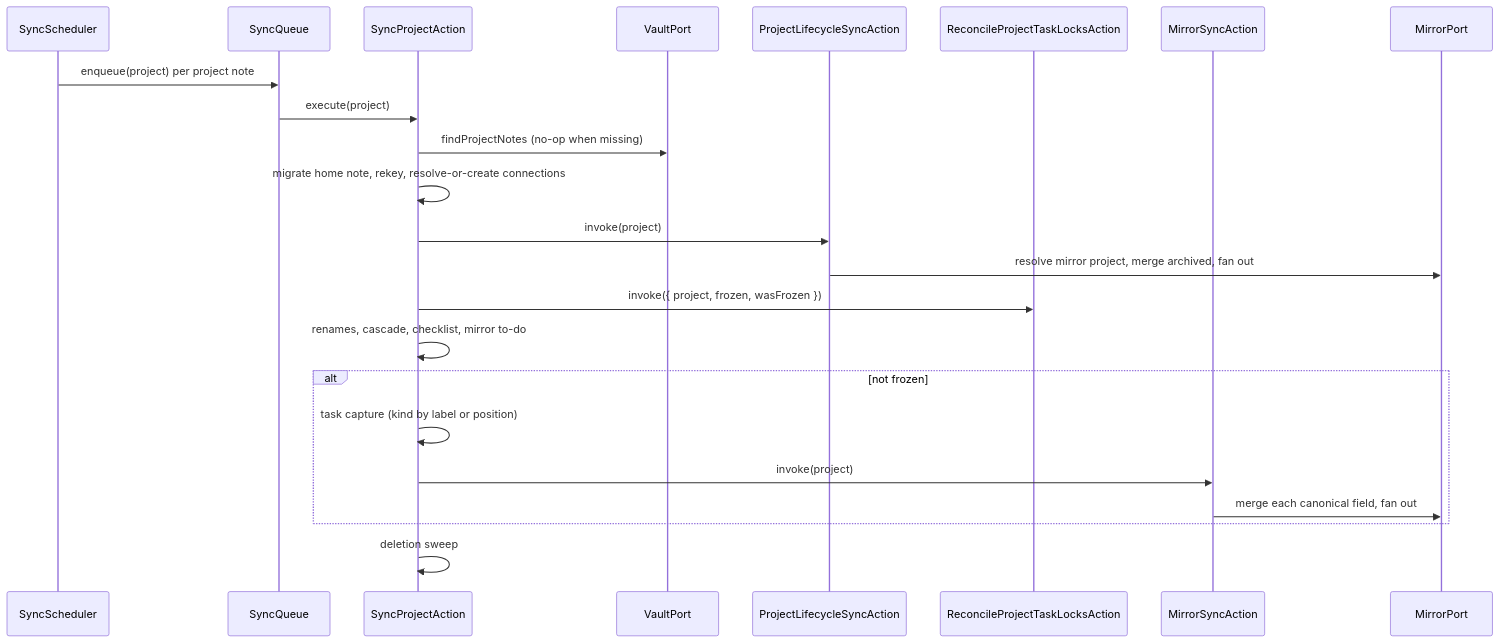
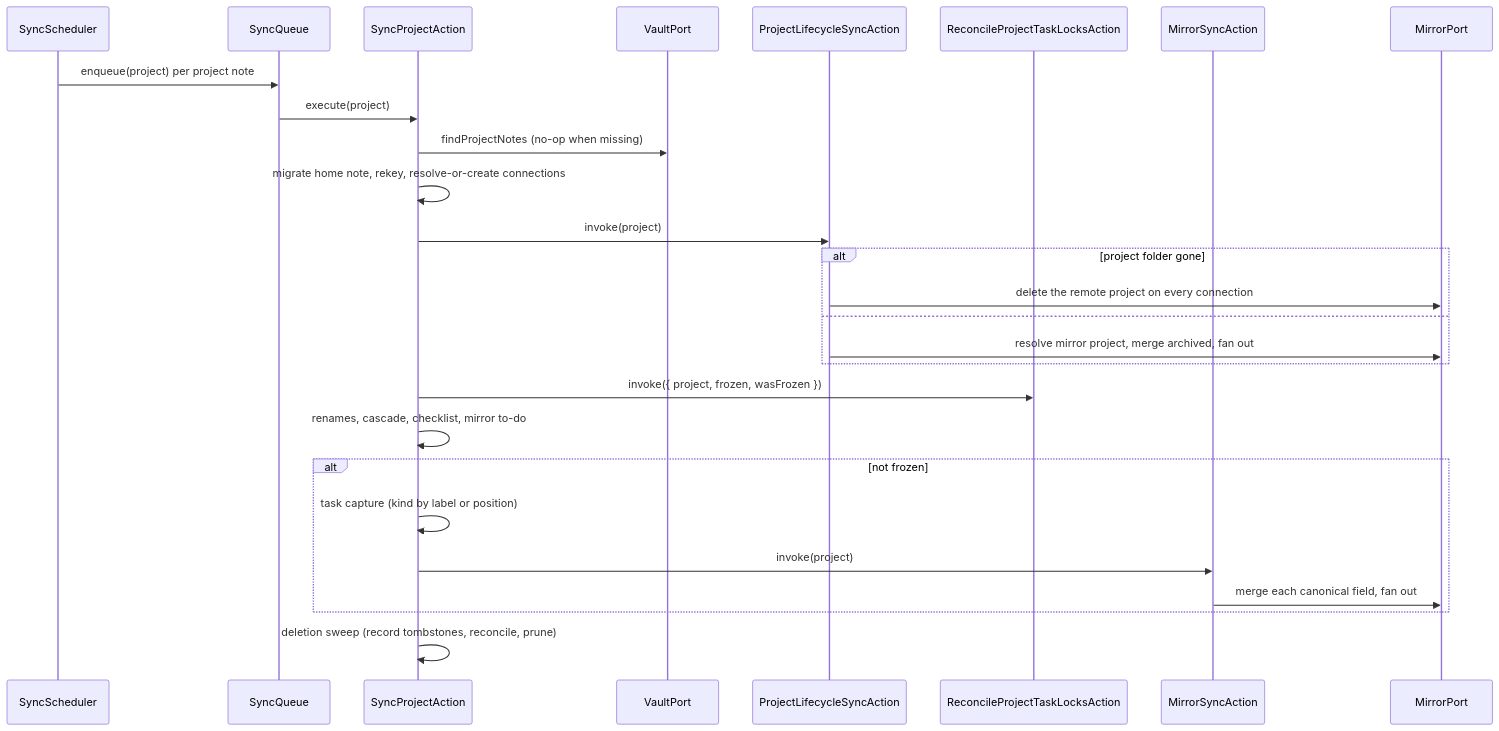
Before and after one commit to 99linesofcode/obsidian-project-management: the diagram in ARCHITECTURE.md, drawn with Mermaid. The commit also changed other lines of this file and 12 other files, not shown here.

First line of the commit message:
feat(delete): a delete is a tracked change — tombstones stop resurrection

````diff
--- a/ARCHITECTURE.md
+++ b/ARCHITECTURE.md
@@ -123,26 +123,30 @@
 ```mermaid
 sequenceDiagram
   participant Sched as SyncScheduler
   participant Q as SyncQueue
   participant SP as SyncProjectAction
   participant V as VaultPort
   participant Life as ProjectLifecycleSyncAction
   participant Lock as ReconcileProjectTaskLocksAction
   participant TF as MirrorSyncAction
   participant M as MirrorPort
 
   Sched->>Q: enqueue(project) per project note
   Q->>SP: execute(project)
   SP->>V: findProjectNotes (no-op when missing)
   SP->>SP: migrate home note, rekey, resolve-or-create connections
   SP->>Life: invoke(project)
-  Life->>M: resolve mirror project, merge archived, fan out
+  alt project folder gone
+    Life->>M: delete the remote project on every connection
+  else
+    Life->>M: resolve mirror project, merge archived, fan out
+  end
   SP->>Lock: invoke({ project, frozen, wasFrozen })
   SP->>SP: renames, cascade, checklist, mirror to-do
   alt not frozen
     SP->>SP: task capture (kind by label or position)
     SP->>TF: invoke(project)
     TF->>M: merge each canonical field, fan out
   end
-  SP->>SP: deletion sweep
+  SP->>SP: deletion sweep (record tombstones, reconcile, prune)
 ```
````
